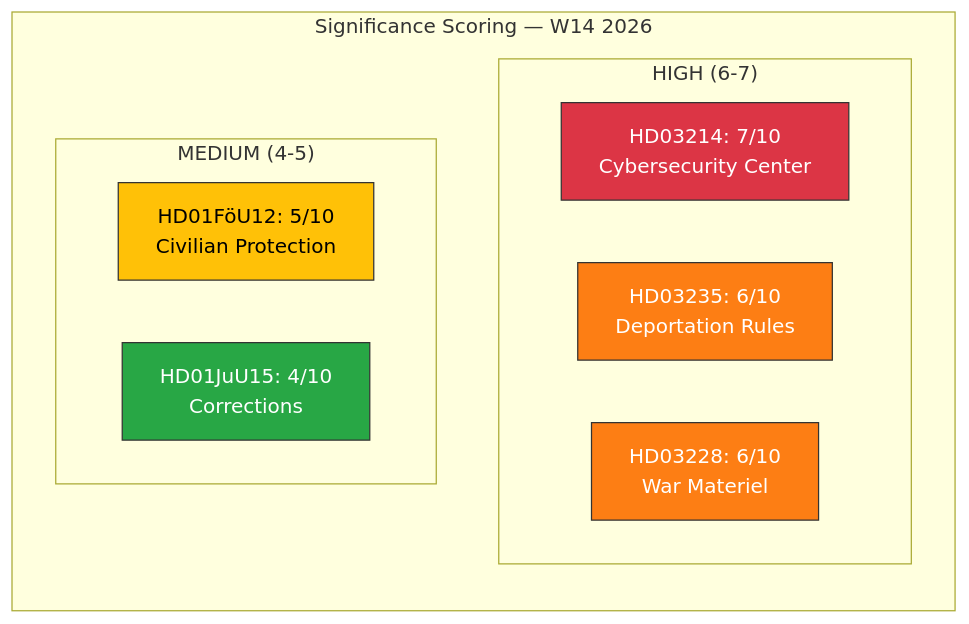
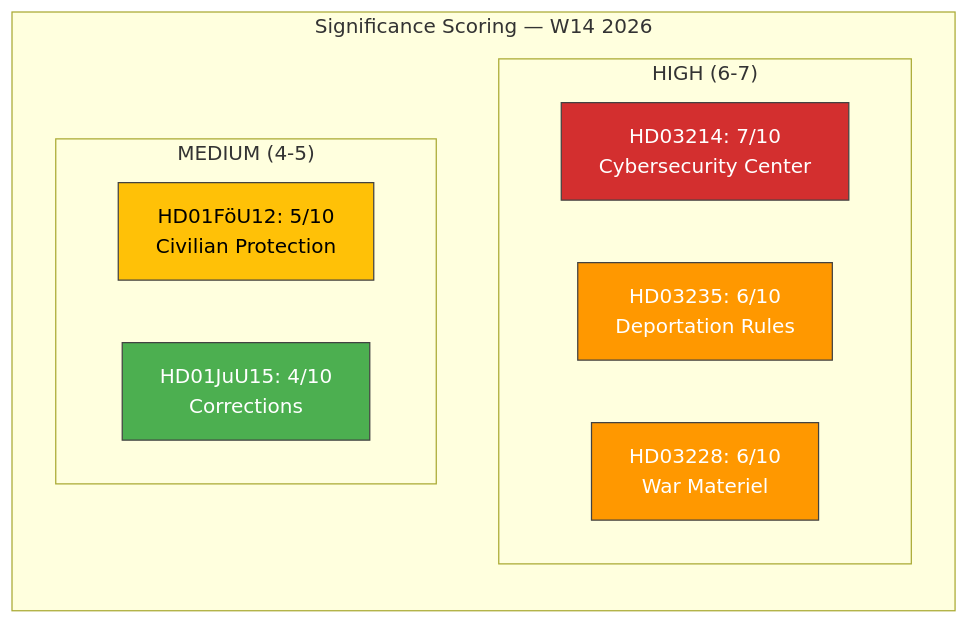
The diagram in analysis/daily/2026-04-04/realtime-1212/significance-scoring.md (Hack23/riksdagsmonitor), drawn with Mermaid before and after one commit. The commit also changed 785 other files, not shown here.

First line of the commit message:
Normalize mermaid colors across 786 analysis artifacts to ISMS Style Guide palette

````diff
--- a/analysis/daily/2026-04-04/realtime-1212/significance-scoring.md
+++ b/analysis/daily/2026-04-04/realtime-1212/significance-scoring.md
@@ -17,19 +17,19 @@
 ```mermaid
 graph LR
     subgraph "Significance Scoring — W14 2026"
         subgraph "HIGH (6-7)"
             S7["HD03214: 7/10<br/>Cybersecurity Center"]
             S6a["HD03235: 6/10<br/>Deportation Rules"]
             S6b["HD03228: 6/10<br/>War Materiel"]
         end
         subgraph "MEDIUM (4-5)"
             S5["HD01FöU12: 5/10<br/>Civilian Protection"]
             S4["HD01JuU15: 4/10<br/>Corrections"]
         end
     end
-    style S7 fill:#dc3545,stroke:#333,color:#fff
-    style S6a fill:#fd7e14,stroke:#333,color:#fff
-    style S6b fill:#fd7e14,stroke:#333,color:#fff
-    style S5 fill:#ffc107,stroke:#333,color:#000
-    style S4 fill:#28a745,stroke:#333,color:#fff
+    style S7 fill:#D32F2F,stroke:#424242,color:#FFFFFF
+    style S6a fill:#FF9800,stroke:#424242,color:#FFFFFF
+    style S6b fill:#FF9800,stroke:#424242,color:#FFFFFF
+    style S5 fill:#FFC107,stroke:#424242,color:#000000
+    style S4 fill:#4CAF50,stroke:#424242,color:#FFFFFF
 ```
````
